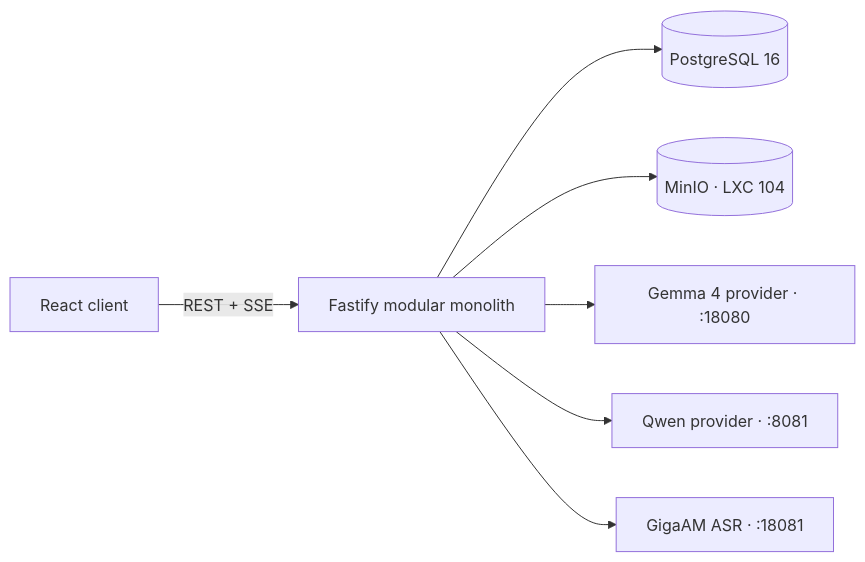
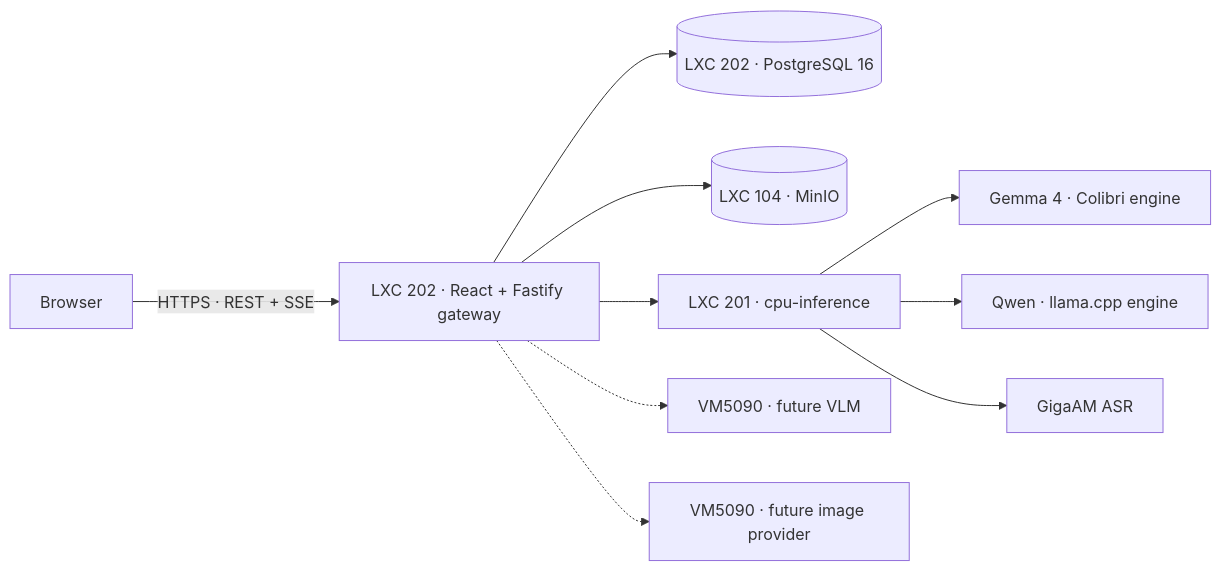
Before and after one commit to VladimirKraswov/colibri: the diagram in docs/studio-service-architecture.md, drawn with Mermaid. The commit also changed other lines of this file and 9 other files, not shown here.

Commit message:
feat(studio): support distributed inference topology

````diff
--- a/docs/studio-service-architecture.md
+++ b/docs/studio-service-architecture.md
@@ -8,9 +8,12 @@
 ```mermaid
 flowchart LR
-  Browser["React client"] -->|"REST + SSE"| API["Fastify modular monolith"]
-  API --> PG[("PostgreSQL 16")]
-  API --> S3[("MinIO · LXC 104")]
-  API --> Gemma["Gemma 4 provider · :18080"]
-  API --> Qwen["Qwen provider · :8081"]
-  API --> ASR["GigaAM ASR · :18081"]
+  Browser["Browser"] -->|"HTTPS · REST + SSE"| Studio["LXC 202 · React + Fastify gateway"]
+  Studio --> PG[("LXC 202 · PostgreSQL 16")]
+  Studio --> S3[("LXC 104 · MinIO")]
+  Studio --> CPU["LXC 201 · cpu-inference"]
+  CPU --> Gemma["Gemma 4 · Colibri engine"]
+  CPU --> Qwen["Qwen · llama.cpp engine"]
+  CPU --> ASR["GigaAM ASR"]
+  Studio -.-> VLM["VM5090 · future VLM"]
+  Studio -.-> Images["VM5090 · future image provider"]
 ```
````
